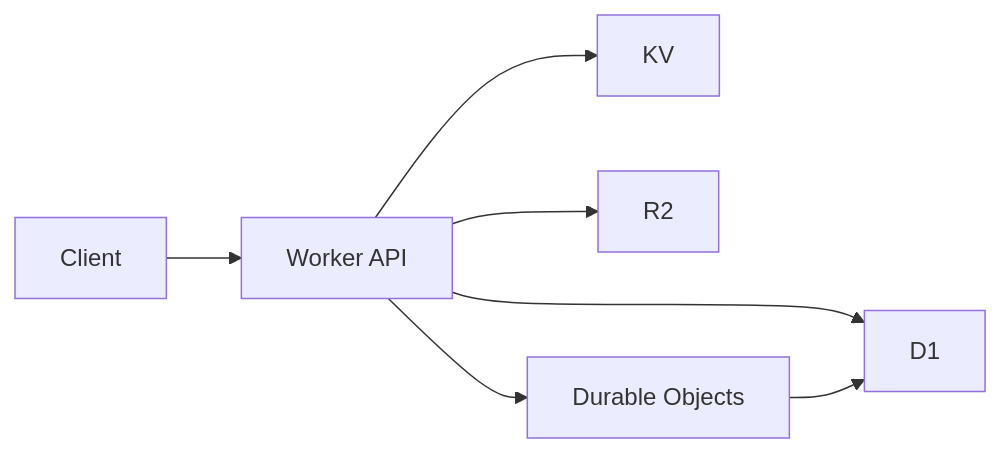
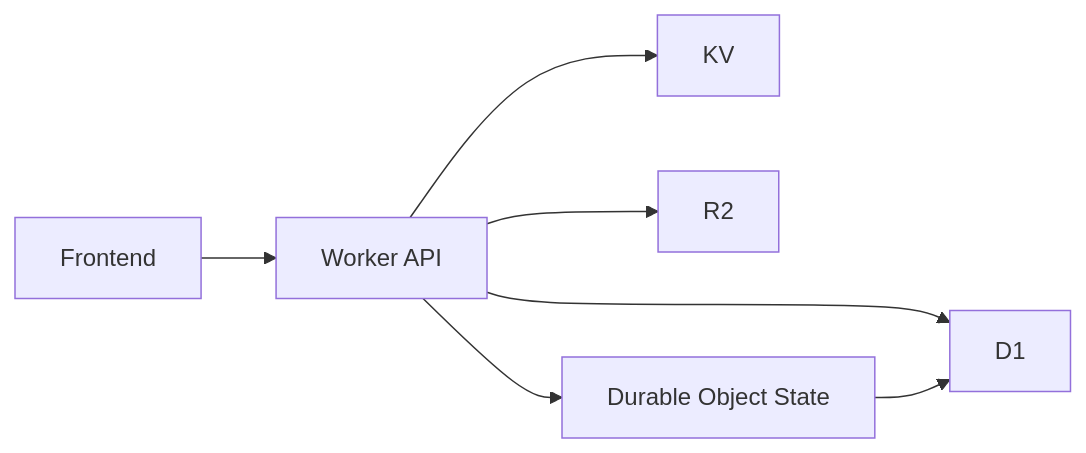
Before and after one commit to johnxie/awesome-code-docs: the diagram in tutorials/vibesdk-tutorial/05-data-layer-and-persistence.md, drawn with Mermaid. The commit also changed other lines of this file and 8 other files, not shown here.

````diff
--- a/tutorials/vibesdk-tutorial/05-data-layer-and-persistence.md
+++ b/tutorials/vibesdk-tutorial/05-data-layer-and-persistence.md
@@ -23,9 +32,9 @@
 ```mermaid
 graph LR
-    UI[Client] --> API[Worker API]
+    UI[Frontend] --> API[Worker API]
     API --> D1[D1]
     API --> KV[KV]
     API --> R2[R2]
-    API --> DO[Durable Objects]
+    API --> DO[Durable Object State]
     DO --> D1
 ```
````
